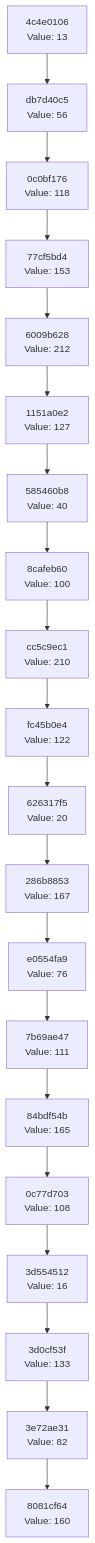
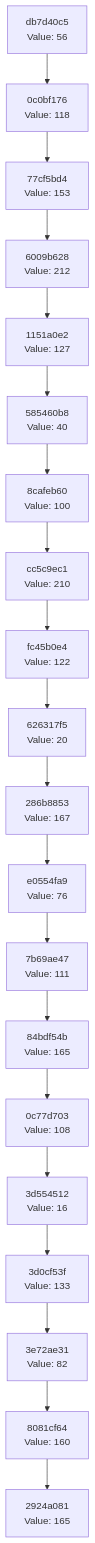
One commit to Abhisheksinha1506/hash-chain-evolver changed the diagram in docs/CHAIN_VISUALIZATION.md. Above: the diagram before and after it, drawn with Mermaid. The commit also changed 2 other files, not shown here.

Commit message:
Evolution step: hash 0xA5 → action executed

````diff
--- a/docs/CHAIN_VISUALIZATION.md
+++ b/docs/CHAIN_VISUALIZATION.md
@@ -3,42 +3,42 @@
 ```mermaid
 graph TD
-    C0["8081cf64<br/>Value: 160"]
-    C1["3e72ae31<br/>Value: 82"]
+    C0["2924a081<br/>Value: 165"]
+    C1["8081cf64<br/>Value: 160"]
     C1 --> C0
-    C2["3d0cf53f<br/>Value: 133"]
+    C2["3e72ae31<br/>Value: 82"]
     C2 --> C1
-    C3["3d554512<br/>Value: 16"]
+    C3["3d0cf53f<br/>Value: 133"]
     C3 --> C2
-    C4["0c77d703<br/>Value: 108"]
+    C4["3d554512<br/>Value: 16"]
     C4 --> C3
-    C5["84bdf54b<br/>Value: 165"]
+    C5["0c77d703<br/>Value: 108"]
     C5 --> C4
-    C6["7b69ae47<br/>Value: 111"]
+    C6["84bdf54b<br/>Value: 165"]
     C6 --> C5
-    C7["e0554fa9<br/>Value: 76"]
+    C7["7b69ae47<br/>Value: 111"]
     C7 --> C6
-    C8["286b8853<br/>Value: 167"]
+    C8["e0554fa9<br/>Value: 76"]
     C8 --> C7
-    C9["626317f5<br/>Value: 20"]
+    C9["286b8853<br/>Value: 167"]
     C9 --> C8
-    C10["fc45b0e4<br/>Value: 122"]
+    C10["626317f5<br/>Value: 20"]
     C10 --> C9
-    C11["cc5c9ec1<br/>Value: 210"]
+    C11["fc45b0e4<br/>Value: 122"]
     C11 --> C10
-    C12["8cafeb60<br/>Value: 100"]
+    C12["cc5c9ec1<br/>Value: 210"]
     C12 --> C11
-    C13["585460b8<br/>Value: 40"]
+    C13["8cafeb60<br/>Value: 100"]
     C13 --> C12
-    C14["1151a0e2<br/>Value: 127"]
+    C14["585460b8<br/>Value: 40"]
     C14 --> C13
-    C15["6009b628<br/>Value: 212"]
+    C15["1151a0e2<br/>Value: 127"]
     C15 --> C14
-    C16["77cf5bd4<br/>Value: 153"]
+    C16["6009b628<br/>Value: 212"]
     C16 --> C15
-    C17["0c0bf176<br/>Value: 118"]
+    C17["77cf5bd4<br/>Value: 153"]
     C17 --> C16
-    C18["db7d40c5<br/>Value: 56"]
+    C18["0c0bf176<br/>Value: 118"]
     C18 --> C17
-    C19["4c4e0106<br/>Value: 13"]
+    C19["db7d40c5<br/>Value: 56"]
     C19 --> C18
 ```
````
